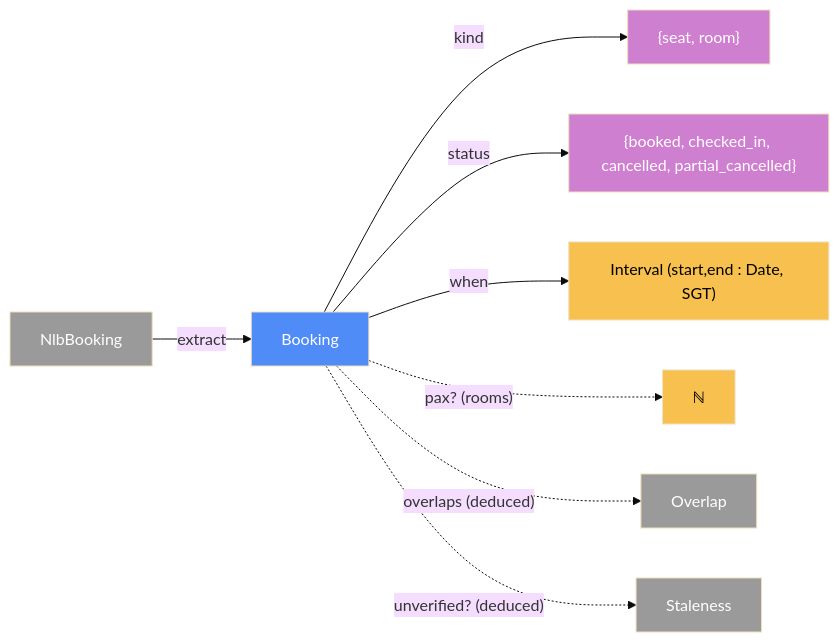
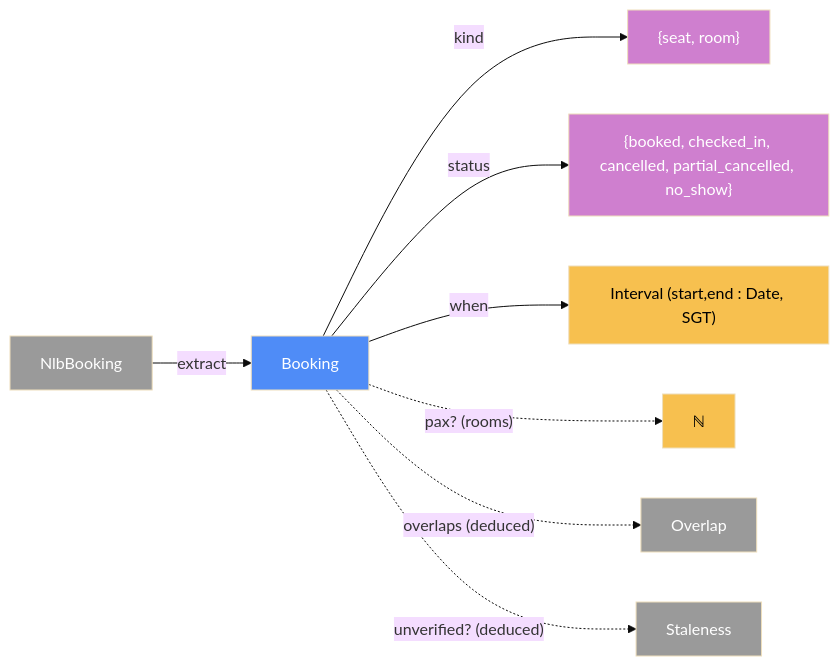
One commit to sescc/nlb-seatbooking-shared-view changed the diagram in docs/domain/ARCHITECTURE.md. Above: the diagram before and after it, drawn with Mermaid (base theme). The commit also changed other lines of this file and 28 other files, not shown here.

Commit message:
Distinguish NLB cancel kinds; restyle cancelled/no-show; fill Notes column

````diff
--- a/docs/domain/ARCHITECTURE.md
+++ b/docs/domain/ARCHITECTURE.md
@@ -22,26 +22,26 @@
 ```mermaid
 graph LR
     NB["NlbBooking"]
     B["Booking"]
     K["{seat, room}"]
-    S["{booked, checked_in, cancelled, partial_cancelled}"]
+    S["{booked, checked_in, cancelled, partial_cancelled, no_show}"]
     I["Interval (start,end : Date, SGT)"]
     P["ℕ"]
     O["Overlap"]
     St["Staleness"]
     NB -->|"extract"| B
     B -->|"kind"| K
     B -->|"status"| S
     B -->|"when"| I
     B -.->|"pax? (rooms)"| P
     B -.->|"overlaps (deduced)"| O
     B -.->|"unverified? (deduced)"| St
     style NB fill:#9a9a9a,color:#fff
     style B fill:#4f8cf7,color:#fff
     style K fill:#cf7fcf,color:#fff
     style S fill:#cf7fcf,color:#fff
     style I fill:#f7c04f,color:#000
     style P fill:#f7c04f,color:#000
     style O fill:#9a9a9a,color:#fff
     style St fill:#9a9a9a,color:#fff
 ```
````
